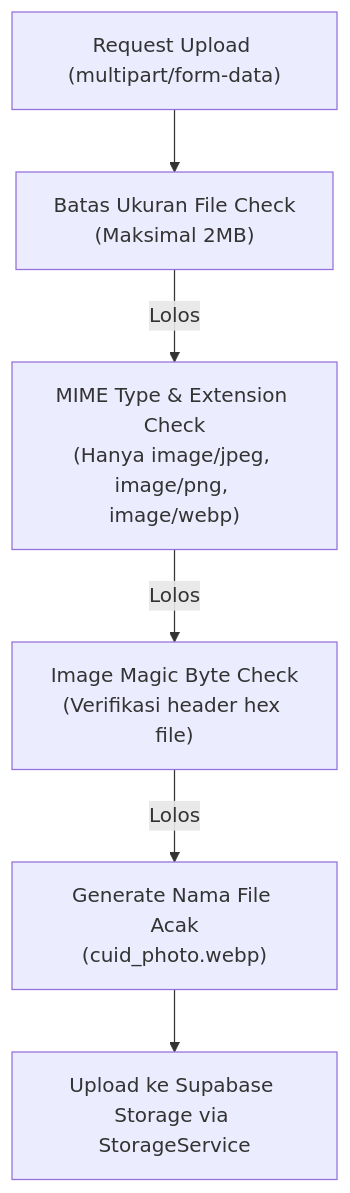
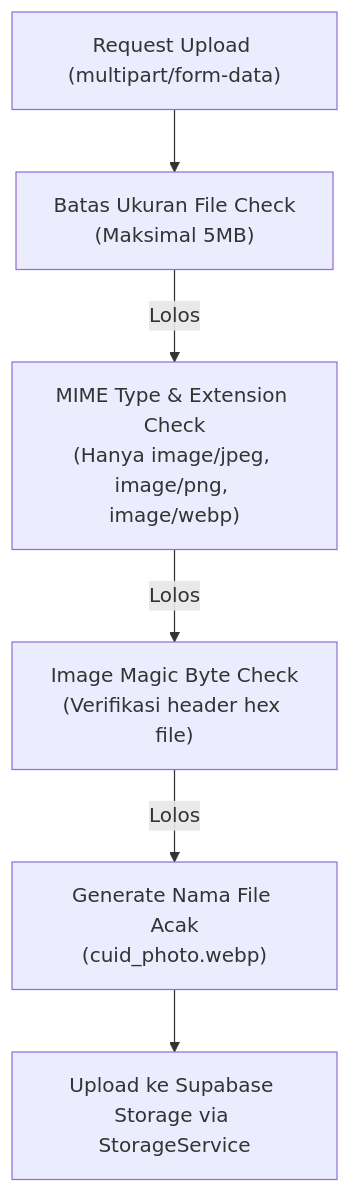
Before and after one commit to Claritys11/web-pilketos: diagram 12 of 12 in docs/05_SECURITY.md, drawn with Mermaid. The commit also changed other lines of this file and 6 other files, not shown here.

````diff
--- a/docs/05_SECURITY.md
+++ b/docs/05_SECURITY.md
@@ -835,8 +835,8 @@
 ```mermaid
 graph TD
-    A["Request Upload (multipart/form-data)"] --> B["Batas Ukuran File Check\n(Maksimal 2MB)"]
+    A["Request Upload (multipart/form-data)"] --> B["Batas Ukuran File Check\n(Maksimal 5MB)"]
     B -->|"Lolos"| C["MIME Type & Extension Check\n(Hanya image/jpeg, image/png, image/webp)"]
     C -->|"Lolos"| D["Image Magic Byte Check\n(Verifikasi header hex file)"]
     D -->|"Lolos"| E["Generate Nama File Acak\n(cuid_photo.webp)"]
     E --> F["Upload ke Supabase Storage via StorageService"]
 ```
````
